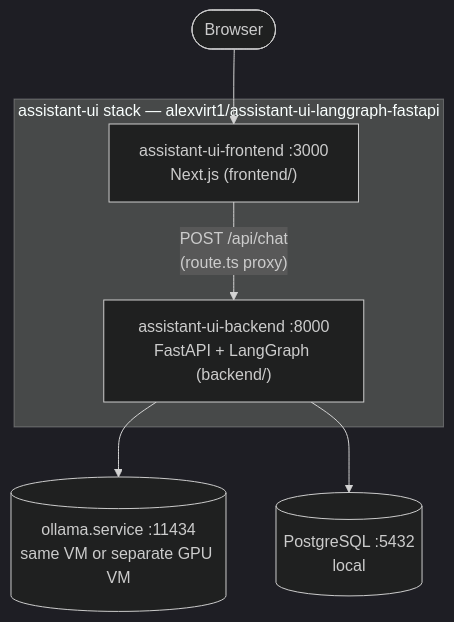
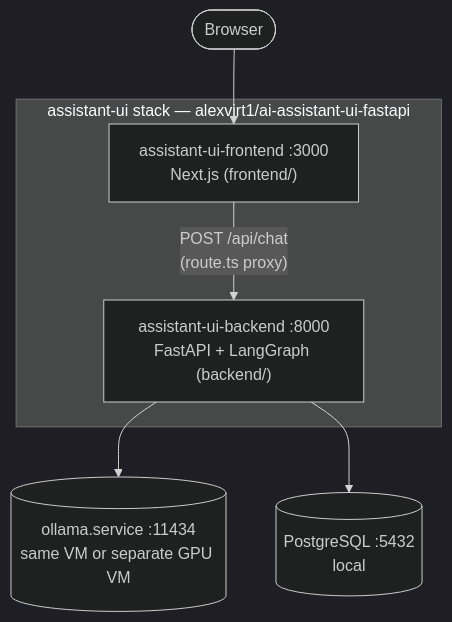
Before and after one commit to alexvirt1/agentic-ai-runbook: the diagram in README.md, drawn with Mermaid (dark theme). The commit also changed other lines of this file and 5 other files, not shown here.

````diff
--- a/README.md
+++ b/README.md
@@ -10,17 +10,17 @@
 ```mermaid
 flowchart TD
     Browser(["Browser"])
 
-    subgraph UI["assistant-ui stack — alexvirt1/assistant-ui-langgraph-fastapi"]
+    subgraph UI["assistant-ui stack — alexvirt1/ai-assistant-ui-fastapi"]
         Frontend["assistant-ui-frontend :3000<br/>Next.js (frontend/)"]
         Backend["assistant-ui-backend :8000<br/>FastAPI + LangGraph (backend/)"]
         Frontend -- "POST /api/chat<br/>(route.ts proxy)" --> Backend
     end
 
     Ollama[("ollama.service :11434<br/>same VM or separate GPU VM")]
     Postgres[("PostgreSQL :5432<br/>local")]
 
     Browser --> Frontend
     Backend --> Ollama
     Backend --> Postgres
 ```
````
